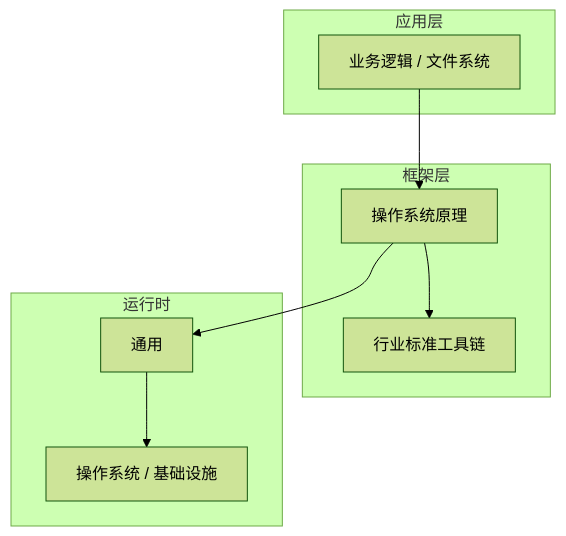
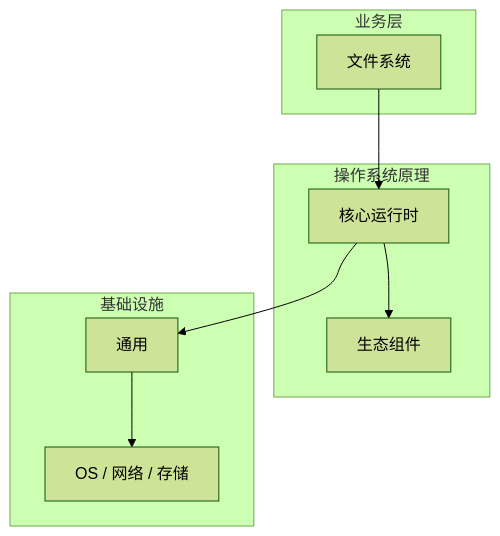
Before and after one commit to yanggan2015/knowledge-json-v2: the diagram in articles/操作系统原理/chapters/078-文件系统核心概念与原理.md, drawn with Mermaid (forest theme). The commit also changed other lines of this file and 10127 other files, not shown here.

````diff
--- a/articles/操作系统原理/chapters/078-文件系统核心概念与原理.md
+++ b/articles/操作系统原理/chapters/078-文件系统核心概念与原理.md
@@ -45,18 +34,18 @@
 ```mermaid
 graph TB
-    subgraph 应用层
-        A[业务逻辑 / 文件系统]
+    subgraph 业务层
+        A[文件系统]
     end
-    subgraph 框架层
-        B[操作系统原理]
-        C[行业标准工具链]
+    subgraph 操作系统原理
+        B[核心运行时]
+        C[生态组件]
     end
-    subgraph 运行时
+    subgraph 基础设施
         D[通用]
-        E[操作系统 / 基础设施]
+        E[OS / 网络 / 存储]
     end
     A --> B
     B --> C
     B --> D
     D --> E
 ```
````
